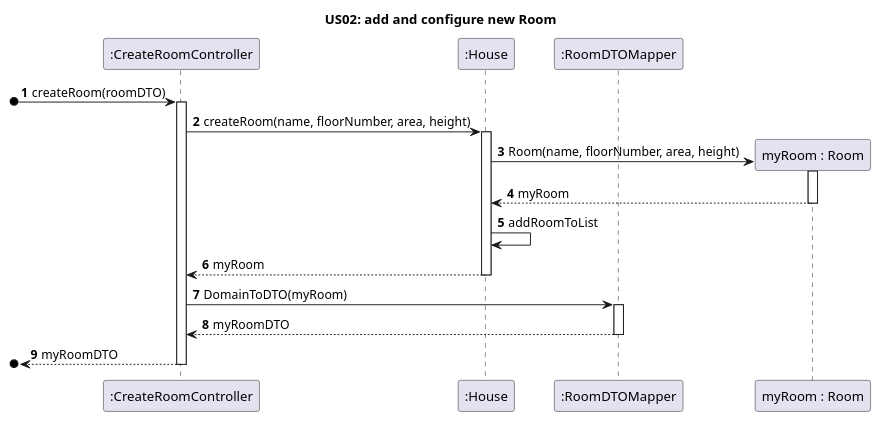
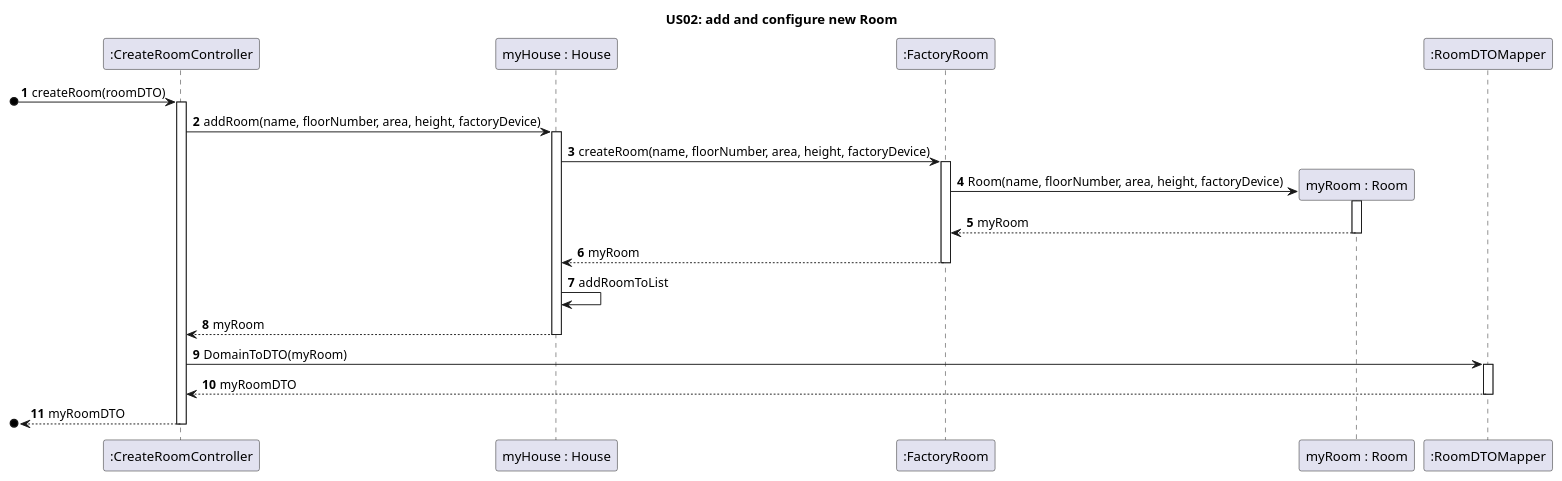
Before and after one commit to RicardoAraujoPT/SmartHome2: the diagram in src/main/java/pt/ipp/isep/dei/examples/basic/domain/SmartHome/UML/US02.puml, drawn with PlantUML.

Commit message:
updated US02 sequence diagram to include factories

```diff
--- a/src/main/java/pt/ipp/isep/dei/examples/basic/domain/SmartHome/UML/US02.puml
+++ b/src/main/java/pt/ipp/isep/dei/examples/basic/domain/SmartHome/UML/US02.puml
@@ -1,31 +1,37 @@
 @startuml
 'https://plantuml.com/sequence-diagram
 
 
 title US02: add and configure new Room
 
 
 autonumber
 participant ":CreateRoomController"
-participant ":House"
+participant "myHouse : House"
+participant ":FactoryRoom"
+participant "myRoom : Room"
 participant ":RoomDTOMapper"
 
 [o-> ":CreateRoomController" : createRoom(roomDTO)
 activate ":CreateRoomController"
-":CreateRoomController" -> ":House" : createRoom(name, floorNumber, area, height)
-activate ":House"
-":House" -> "myRoom : Room" ** : Room(name, floorNumber, area, height)
+":CreateRoomController" -> "myHouse : House" : addRoom(name, floorNumber, area, height, factoryDevice)
+activate "myHouse : House"
+"myHouse : House" -> ":FactoryRoom" : createRoom(name, floorNumber, area, height, factoryDevice)
+activate ":FactoryRoom"
+":FactoryRoom" -> "myRoom : Room" ** : Room(name, floorNumber, area, height, factoryDevice)
 activate "myRoom : Room"
-"myRoom : Room" --> ":House" : myRoom
+"myRoom : Room" --> ":FactoryRoom" : myRoom
 deactivate "myRoom : Room"
-":House" -> ":House" : addRoomToList
-":House" --> ":CreateRoomController" : myRoom
-deactivate ":House"
+":FactoryRoom" --> "myHouse : House" : myRoom
+deactivate ":FactoryRoom"
+"myHouse : House" -> "myHouse : House" : addRoomToList
+"myHouse : House" --> ":CreateRoomController" : myRoom
+deactivate "myHouse : House"
 ":CreateRoomController" -> ":RoomDTOMapper" : DomainToDTO(myRoom)
 activate ":RoomDTOMapper"
 ":RoomDTOMapper" --> ":CreateRoomController" : myRoomDTO
 deactivate ":RoomDTOMapper"
 [o<-- ":CreateRoomController" : myRoomDTO
 deactivate ":CreateRoomController"
 
 @enduml
```
